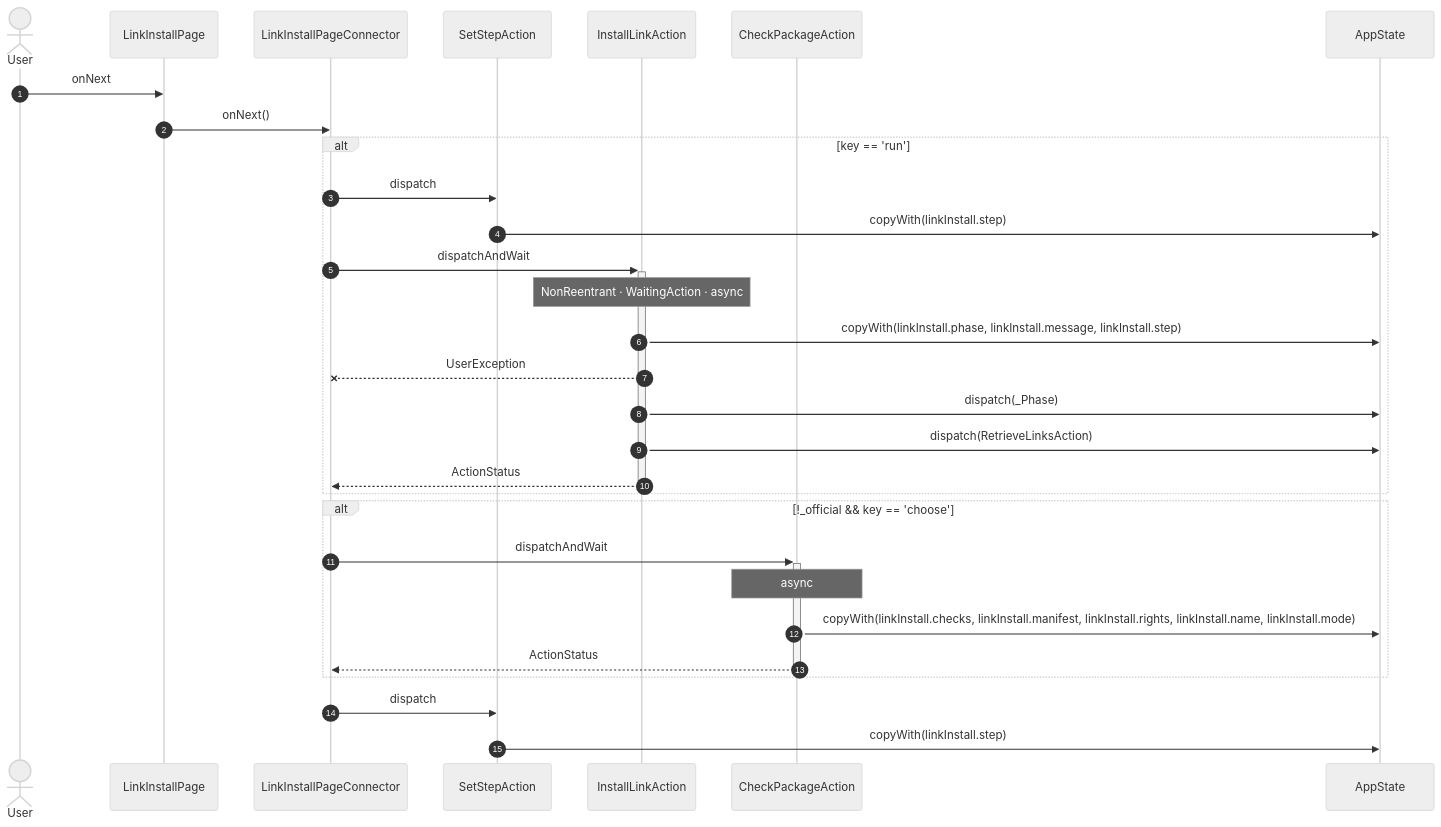
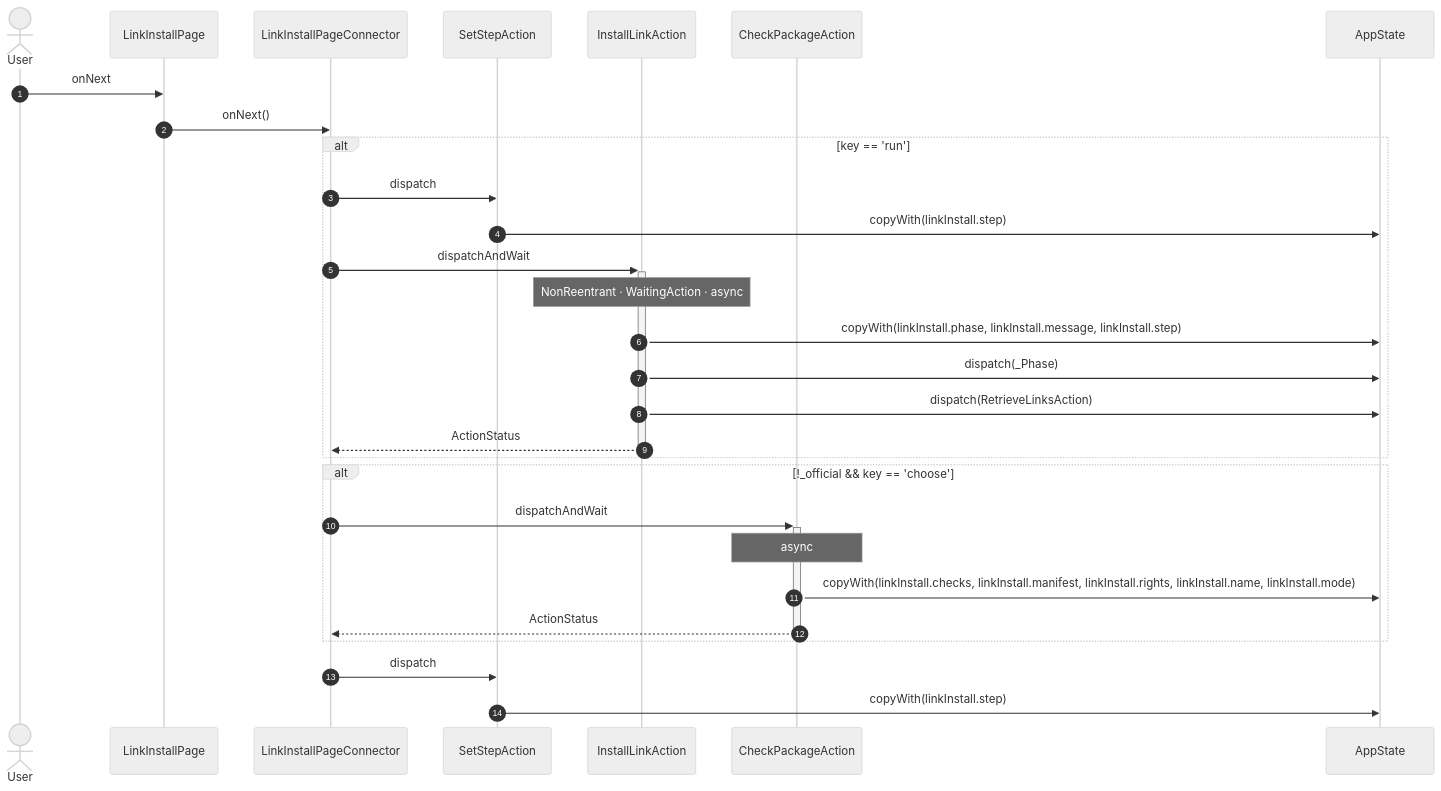
Before and after one commit to gencto/wyrm: diagram 14 of 15 in studio/docs/flows/linkInstall.md, drawn with Mermaid (neutral theme). The commit also changed 192 other files, not shown here.

````diff
--- a/studio/docs/flows/linkInstall.md
+++ b/studio/docs/flows/linkInstall.md
@@ -242,33 +242,32 @@
 ```mermaid
 sequenceDiagram
     autonumber
     actor User
     participant UI as LinkInstallPage
     participant VM as LinkInstallPageConnector
     participant A1 as SetStepAction
     participant A2 as InstallLinkAction
     participant A3 as CheckPackageAction
     participant ST as AppState
 
     User->>UI: onNext
     UI->>VM: onNext()
     alt key == 'run'
         VM->>A1: dispatch
         A1->>ST: copyWith(linkInstall.step)
         VM->>+A2: dispatchAndWait
         Note over A2: NonReentrant · WaitingAction · async
         A2->>ST: copyWith(linkInstall.phase, linkInstall.message, linkInstall.step)
-        A2--xVM: UserException
         A2->>ST: dispatch(_Phase)
         A2->>ST: dispatch(RetrieveLinksAction)
         A2-->>-VM: ActionStatus
     end
     alt !_official && key == 'choose'
         VM->>+A3: dispatchAndWait
         Note over A3: async
         A3->>ST: copyWith(linkInstall.checks, linkInstall.manifest, linkInstall.rights, linkInstall.name, linkInstall.mode)
         A3-->>-VM: ActionStatus
     end
     VM->>A1: dispatch
     A1->>ST: copyWith(linkInstall.step)
 ```
````
